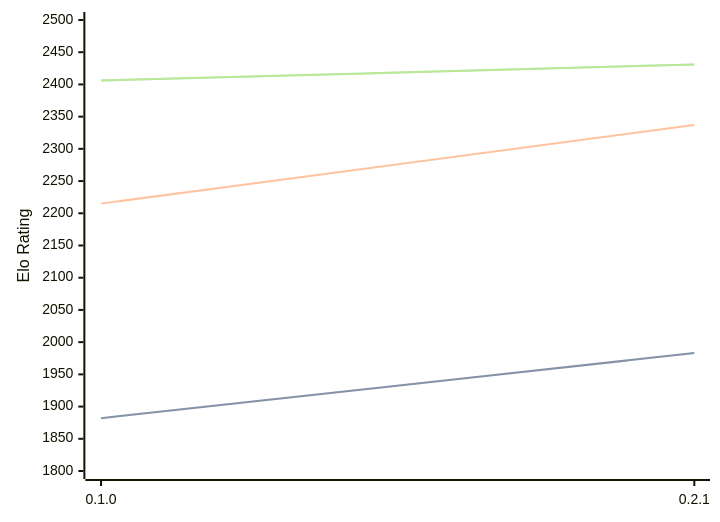
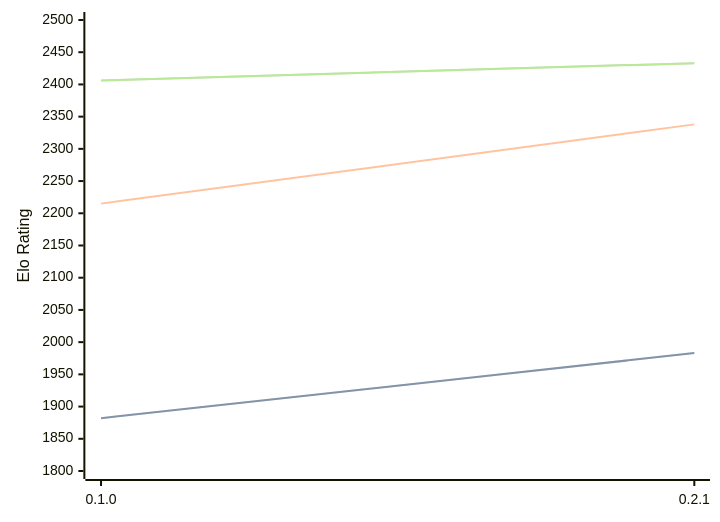
One commit to computer-chess-index/cci changed the first of 3 diagrams in engines/Sykora.md. Above: the diagram before and after it, drawn with Mermaid. The commit also changed other lines of this file, not shown here.

Commit message:
Update CCI Ratings (ELO VLTC) - 2026-06-16

````diff
--- a/engines/Sykora.md
+++ b/engines/Sykora.md
@@ -33,11 +33,11 @@
 ```mermaid
 %%{init: {"theme":"base","themeVariables":{"seriesColors:['#a3a3a3','#222221','#faa371']}}}%%
 xychart-beta
   x-axis ["0.1.0", "0.2.1"]
   y-axis "Elo Rating" 1800 --> 2500
   line "STC (8.0+0.08s)" [1882, 1983]
   line "STC (8.0+0.08s)" [1882, 1983]
-  line "LTC (60.0+0.60s)" [2215, 2337]
-  line "VLTC (2m24s+1.12s)" [2406, 2431]
-  line "VLTC (2m24s+1.12s)" [2406, 2431]
+  line "LTC (60.0+0.60s)" [2215, 2338]
+  line "VLTC (2m24s+1.12s)" [2406, 2433]
+  line "VLTC (2m24s+1.12s)" [2406, 2433]
 ```
````
